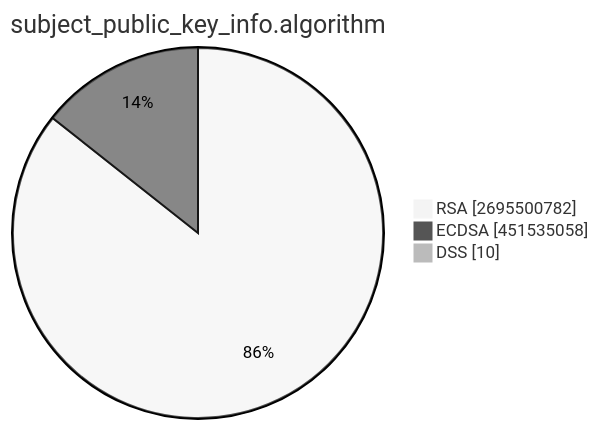
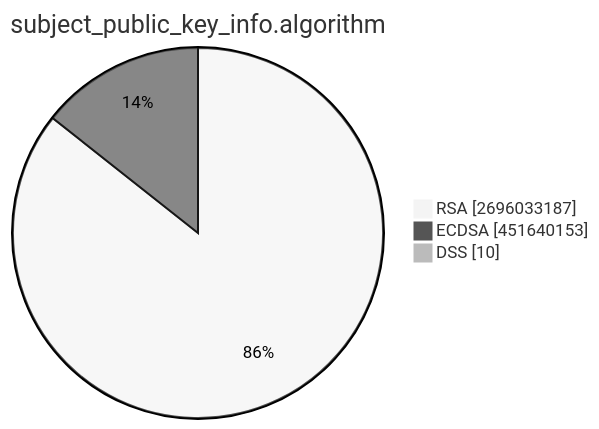
Before and after one commit to christiankrug/ctmonitor_visualization: the second of 15 diagrams in TOTAL/README.md, drawn with Mermaid (neutral theme). The commit also changed other lines of this file, not shown here.

````diff
--- a/TOTAL/README.md
+++ b/TOTAL/README.md
@@ -6,7 +6,7 @@
 ```mermaid
 pie showData
 title subject_public_key_info.algorithm
-"RSA" :2695500782
-"ECDSA" :451535058
+"RSA" :2696033187
+"ECDSA" :451640153
 "DSS" :10
 ```
````
